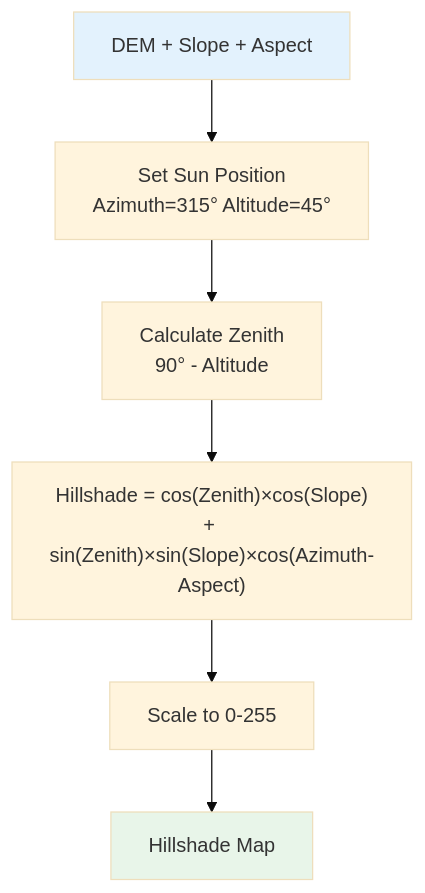
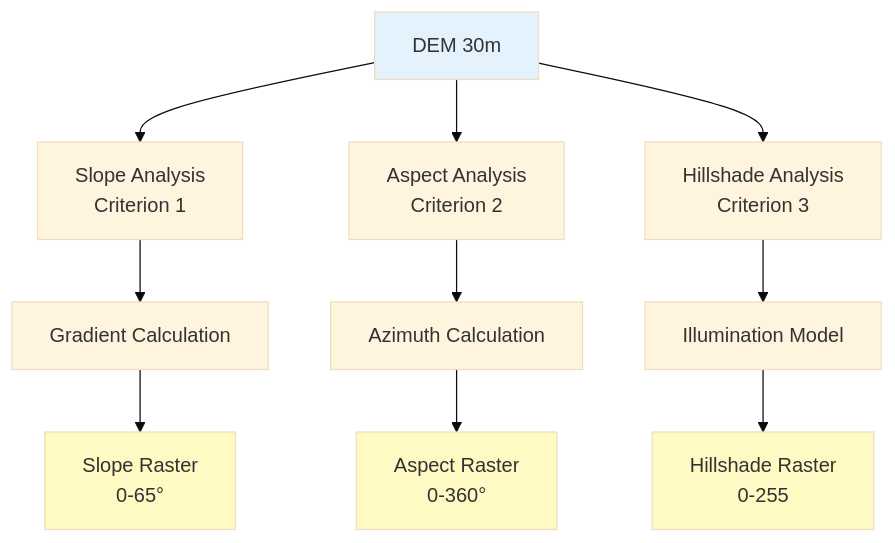
One commit to AmroEid77/GeoCodex changed the second of 7 diagrams in skiing_resort_analysis/README.md. Above: the diagram before and after it, drawn with Mermaid (base theme). The commit also changed other lines of this file, not shown here.

````diff
--- a/skiing_resort_analysis/README.md
+++ b/skiing_resort_analysis/README.md
@@ -820,11 +209,19 @@
 ```mermaid
 graph TD
-    A[DEM + Slope + Aspect] --> B[Set Sun Position<br/>Azimuth=315° Altitude=45°]
-    B --> C[Calculate Zenith<br/>90° - Altitude]
-    C --> D["Hillshade = cos(Zenith)×cos(Slope)<br/>+ sin(Zenith)×sin(Slope)×cos(Azimuth-Aspect)"]
-    D --> E[Scale to 0-255]
-    E --> F[Hillshade Map]
+    A[DEM 30m] --> B[Slope Analysis<br/>Criterion 1]
+    A --> C[Aspect Analysis<br/>Criterion 2]
+    A --> D[Hillshade Analysis<br/>Criterion 3]
+    
+    B --> E[Gradient Calculation]
+    C --> F[Azimuth Calculation]
+    D --> G[Illumination Model]
+    
+    E --> H[Slope Raster<br/>0-65°]
+    F --> I[Aspect Raster<br/>0-360°]
+    G --> J[Hillshade Raster<br/>0-255]
     
     style A fill:#e3f2fd
-    style F fill:#e8f5e9
+    style H fill:#fff9c4
+    style I fill:#fff9c4
+    style J fill:#fff9c4
 ```
````
